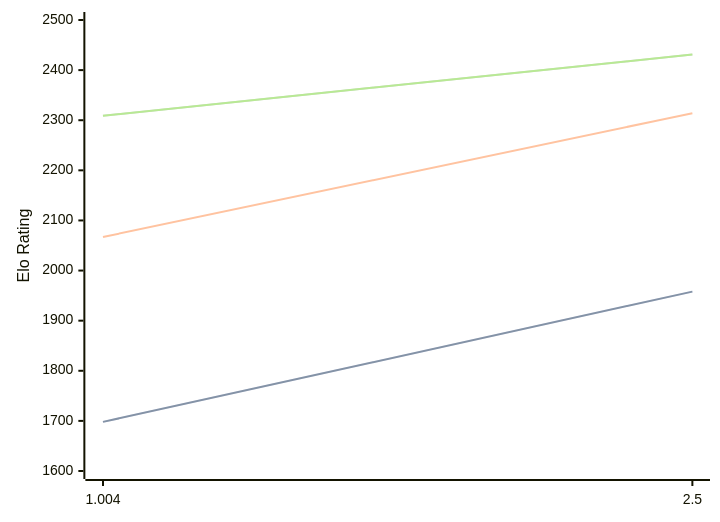
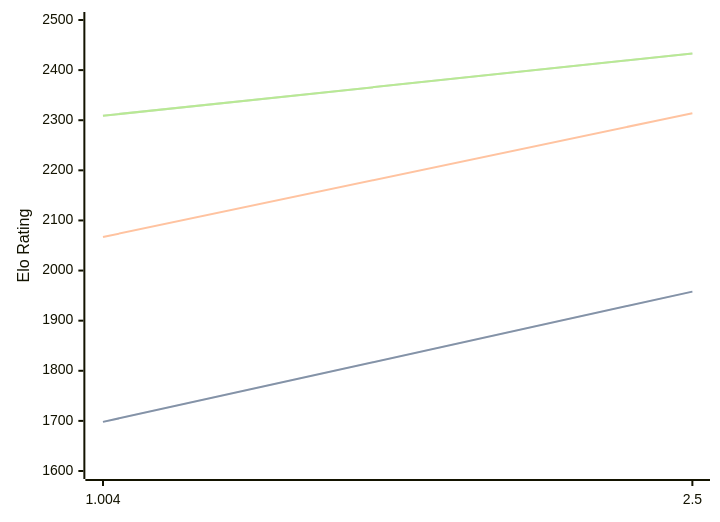
The third of 3 diagrams in engines/Ares.md (computer-chess-index/cci), drawn with Mermaid before and after one commit. The commit also changed other lines of this file, not shown here.

Commit message:
Update CCI Ratings (ELO VLTC) - 2026-06-22

````diff
--- a/engines/Ares.md
+++ b/engines/Ares.md
@@ -65,11 +65,11 @@
 ```mermaid
 %%{init: {"theme":"base","themeVariables":{"seriesColors:['#a3a3a3','#222221','#faa371']}}}%%
 xychart-beta
   x-axis ["1.004", "2.5"]
   y-axis "Elo Rating" 1600 --> 2500
   line "STC (8.0+0.08s)" [1698, 1958]
   line "STC (8.0+0.08s)" [1698, 1958]
   line "LTC (60.0+0.60s)" [2067, 2314]
-  line "VLTC (2m24s+1.12s)" [2309, 2431]
-  line "VLTC (2m24s+1.12s)" [2309, 2431]
+  line "VLTC (2m24s+1.12s)" [2309, 2433]
+  line "VLTC (2m24s+1.12s)" [2309, 2433]
 ```
````
